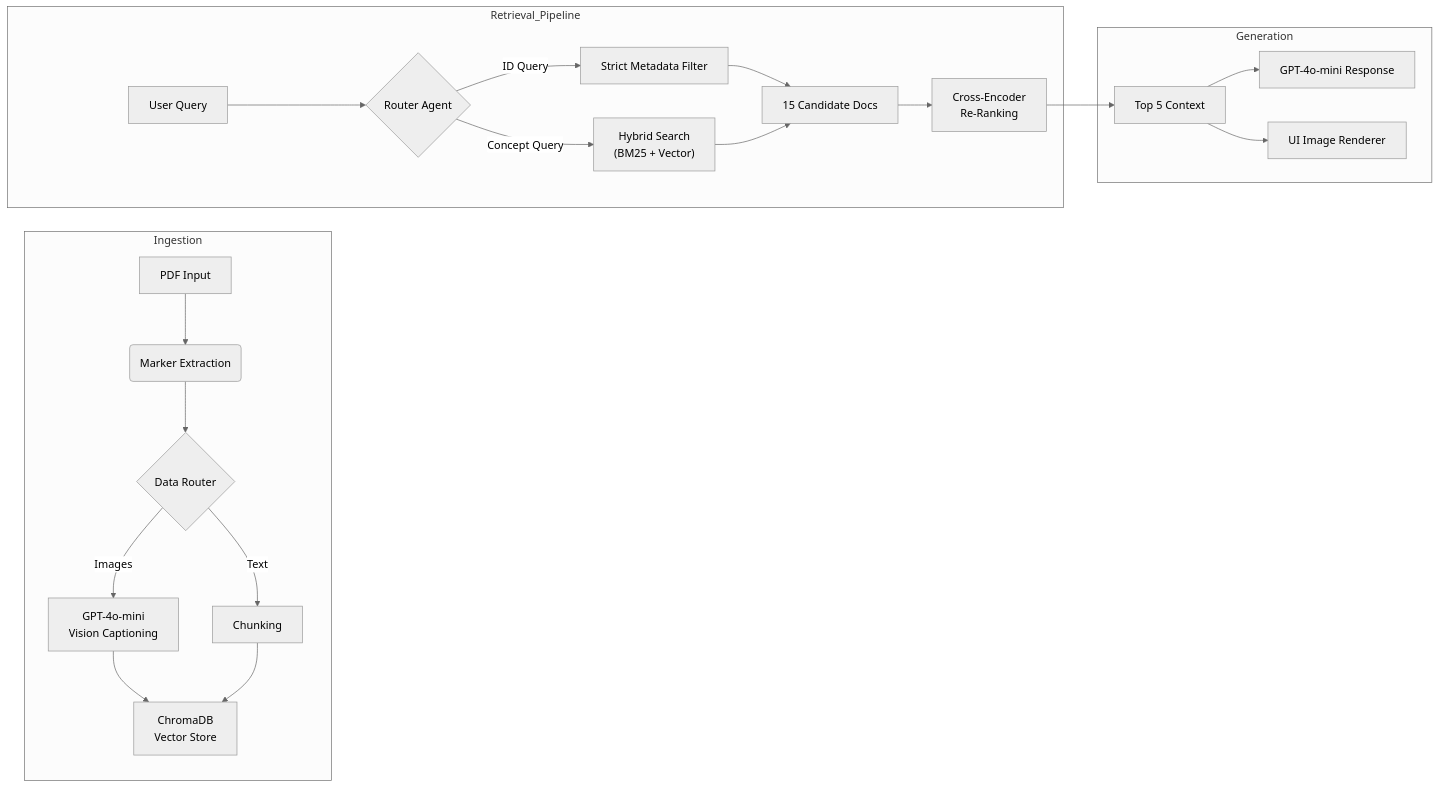
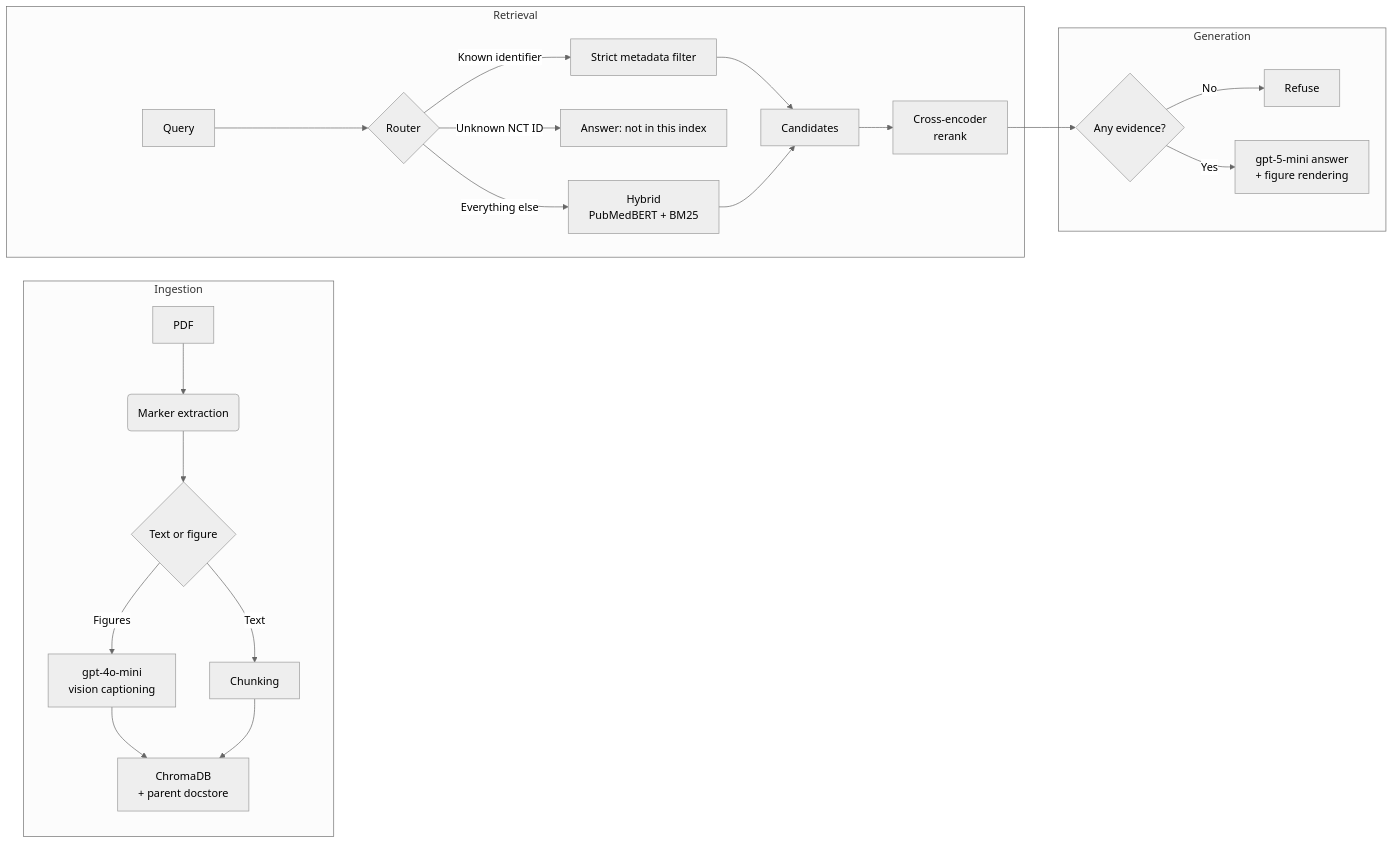
One commit to kulsoom-abdullah/multimodal-clinical-rag changed the diagram in README.md. Above: the diagram before and after it, drawn with Mermaid (neutral theme). The commit also changed other lines of this file, not shown here.

`````diff
--- a/README.md
+++ b/README.md
@@ -39,26 +51,27 @@
 ```mermaid
 graph LR
     subgraph Ingestion
-    A[PDF Input] --> B(Marker Extraction)
-    B --> C{Data Router}
-    C -->|Images| D["GPT-4o-mini<br/>Vision Captioning"]
+    A[PDF] --> B(Marker extraction)
+    B --> C{Text or figure}
+    C -->|Figures| D["gpt-4o-mini<br/>vision captioning"]
     C -->|Text| E[Chunking]
-    D --> F["ChromaDB<br/>Vector Store"]
+    D --> F["ChromaDB<br/>+ parent docstore"]
     E --> F
     end
 
-    subgraph Retrieval_Pipeline
-    Q[User Query] --> R{Router Agent}
-    R -->|ID Query| S[Strict Metadata Filter]
-    R -->|Concept Query| T["Hybrid Search<br/>(BM25 + Vector)"]
-    S --> U[15 Candidate Docs]
+    subgraph Retrieval
+    Q[Query] --> R{Router}
+    R -->|Known identifier| S[Strict metadata filter]
+    R -->|Unknown NCT ID| Z[Answer: not in this index]
+    R -->|Everything else| T["Hybrid<br/>PubMedBERT + BM25"]
+    S --> U[Candidates]
     T --> U
-    U --> V["Cross-Encoder<br/>Re-Ranking"]
+    U --> V["Cross-encoder<br/>rerank"]
     end
 
     subgraph Generation
-    V --> W[Top 5 Context]
-    W --> X[GPT-4o-mini Response]
-    W --> Y[UI Image Renderer]
+    V --> W{Any evidence?}
+    W -->|No| X[Refuse]
+    W -->|Yes| Y["gpt-5-mini answer<br/>+ figure rendering"]
     end
-````
+```
`````
